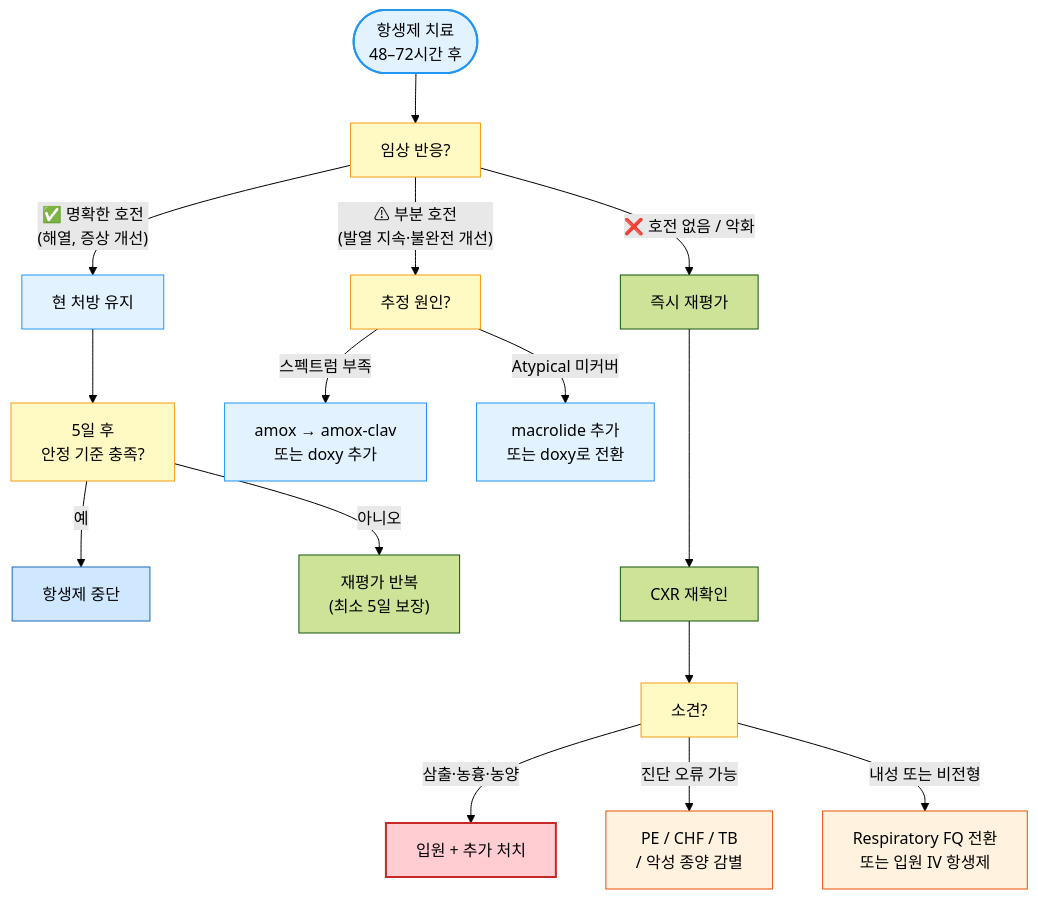
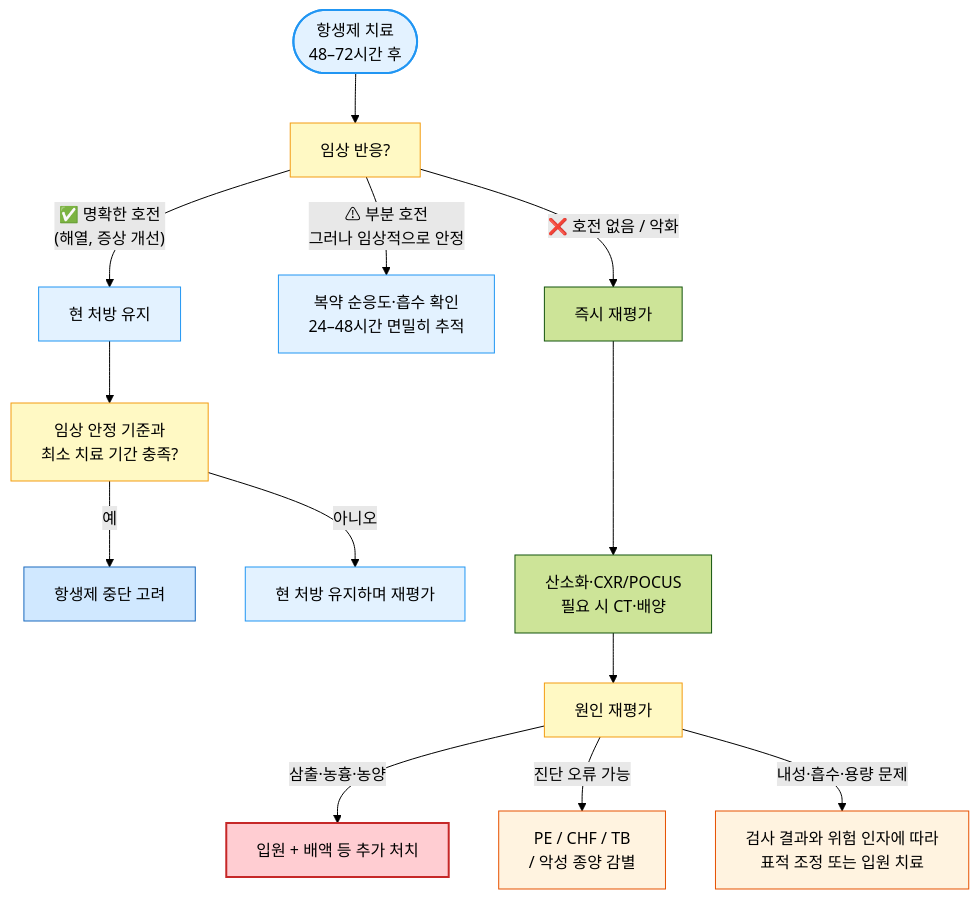
One commit to familyoh77/familyoh77 changed the second of 2 diagrams in 223_/068_-pneumonia.md. Above: the diagram before and after it, drawn with Mermaid (forest theme). The commit also changed other lines of this file and 7 other files, not shown here.

````diff
--- a/223_/068_-pneumonia.md
+++ b/223_/068_-pneumonia.md
@@ -325,30 +310,28 @@
 ```mermaid
 flowchart TD
     A(["항생제 치료<br/>48–72시간 후"]) --> B[임상 반응?]
 
     B -- "✅ 명확한 호전<br/>(해열, 증상 개선)" --> C[현 처방 유지]
-    C --> D["5일 후<br/>안정 기준 충족?"]
-    D -- 예 --> E[항생제 중단]
-    D -- 아니오 --> F["재평가 반복<br/>(최소 5일 보장)"]
+    C --> D["임상 안정 기준과<br/>최소 치료 기간 충족?"]
+    D -- 예 --> E[항생제 중단 고려]
+    D -- 아니오 --> F[현 처방 유지하며 재평가]
 
-    B -- "⚠ 부분 호전<br/>(발열 지속·불완전 개선)" --> G[추정 원인?]
-    G -- "스펙트럼 부족" --> H["amox → amox-clav<br/>또는 doxy 추가"]
-    G -- "Atypical 미커버" --> I["macrolide 추가<br/>또는 doxy로 전환"]
+    B -- "⚠ 부분 호전<br/>그러나 임상적으로 안정" --> G[복약 순응도·흡수 확인<br/>24–48시간 면밀히 추적]
 
     B -- "❌ 호전 없음 / 악화" --> J[즉시 재평가]
-    J ---> K[CXR 재확인]
-    K --> L[소견?]
-    L -- "삼출·농흉·농양" --> M[입원 + 추가 처치]
+    J ---> K[산소화·CXR/POCUS<br/>필요 시 CT·배양]
+    K --> L[원인 재평가]
+    L -- "삼출·농흉·농양" --> M[입원 + 배액 등 추가 처치]
     L -- "진단 오류 가능" --> N["PE / CHF / TB<br/>/ 악성 종양 감별"]
-    L -- "내성 또는 비전형" --> O["Respiratory FQ 전환<br/>또는 입원 IV 항생제"]
+    L -- "내성·흡수·용량 문제" --> O[검사 결과와 위험 인자에 따라<br/>표적 조정 또는 입원 치료]
 style A fill:#e3f2ff,stroke:#2196f3,stroke-width:2px
 classDef yellow fill:#fff9c4,stroke:#f39c12
-class B,D,G,L yellow
+class B,D,L yellow
 classDef sky fill:#e3f2ff,stroke:#2196f3
-class H,I,C sky
+class C,F,G sky
 classDef orange50 fill:#fff3e0,stroke:#e65100
 class N,O orange50
     style E fill:#d0e8ff,stroke:#1a6abf
     style M fill:#ffcdd2,stroke:#c62828,stroke-width:2px
 
 ```
````
